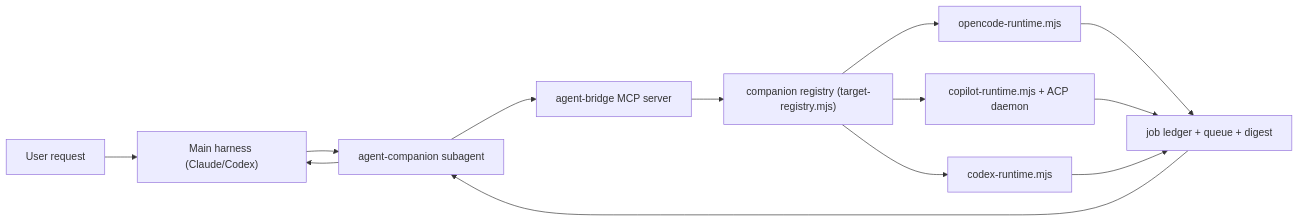
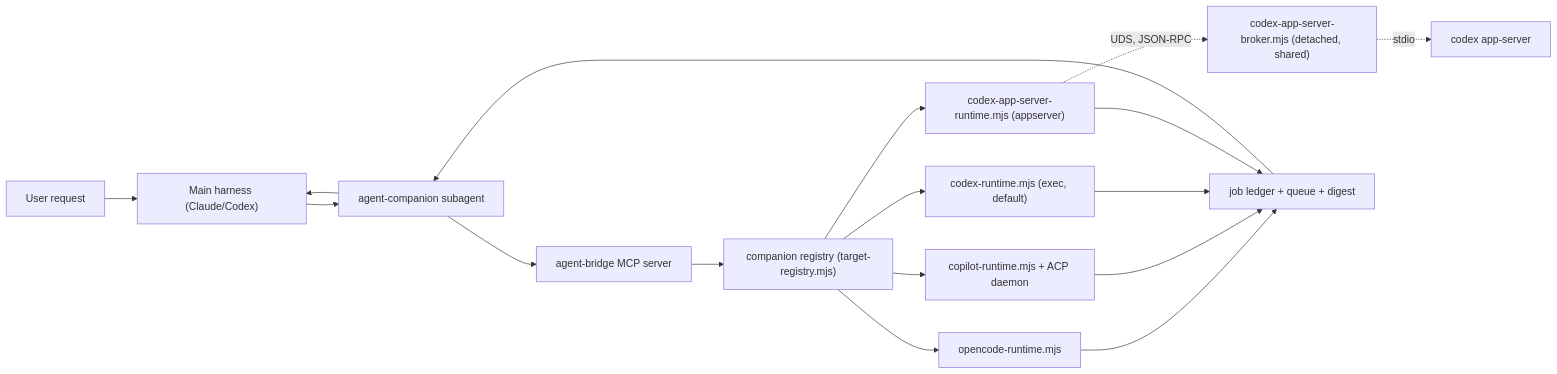
One commit to thangaram611/agent-companion changed the diagram in docs/ARCHITECTURE.md. Above: the diagram before and after it, drawn with Mermaid. The commit also changed other lines of this file and 6 other files, not shown here.

````diff
--- a/docs/ARCHITECTURE.md
+++ b/docs/ARCHITECTURE.md
@@ -35,15 +35,19 @@
 ```mermaid
 flowchart LR
   User["User request"] --> Main["Main harness (Claude/Codex)"]
   Main --> Subagent["agent-companion subagent"]
   Subagent --> MCP["agent-bridge MCP server"]
   MCP --> Registry["companion registry (target-registry.mjs)"]
   Registry --> OpenCode["opencode-runtime.mjs"]
   Registry --> Copilot["copilot-runtime.mjs + ACP daemon"]
-  Registry --> CodexRuntime["codex-runtime.mjs"]
+  Registry --> CodexRuntime["codex-runtime.mjs (exec, default)"]
+  Registry --> CodexAppServer["codex-app-server-runtime.mjs (appserver)"]
+  CodexAppServer -.->|"UDS, JSON-RPC"| Broker["codex-app-server-broker.mjs (detached, shared)"]
+  Broker -.->|"stdio"| AppServer["codex app-server"]
   OpenCode --> Job["job ledger + queue + digest"]
   Copilot --> Job
   CodexRuntime --> Job
+  CodexAppServer --> Job
   Job --> Subagent
   Subagent --> Main
 ```
````
